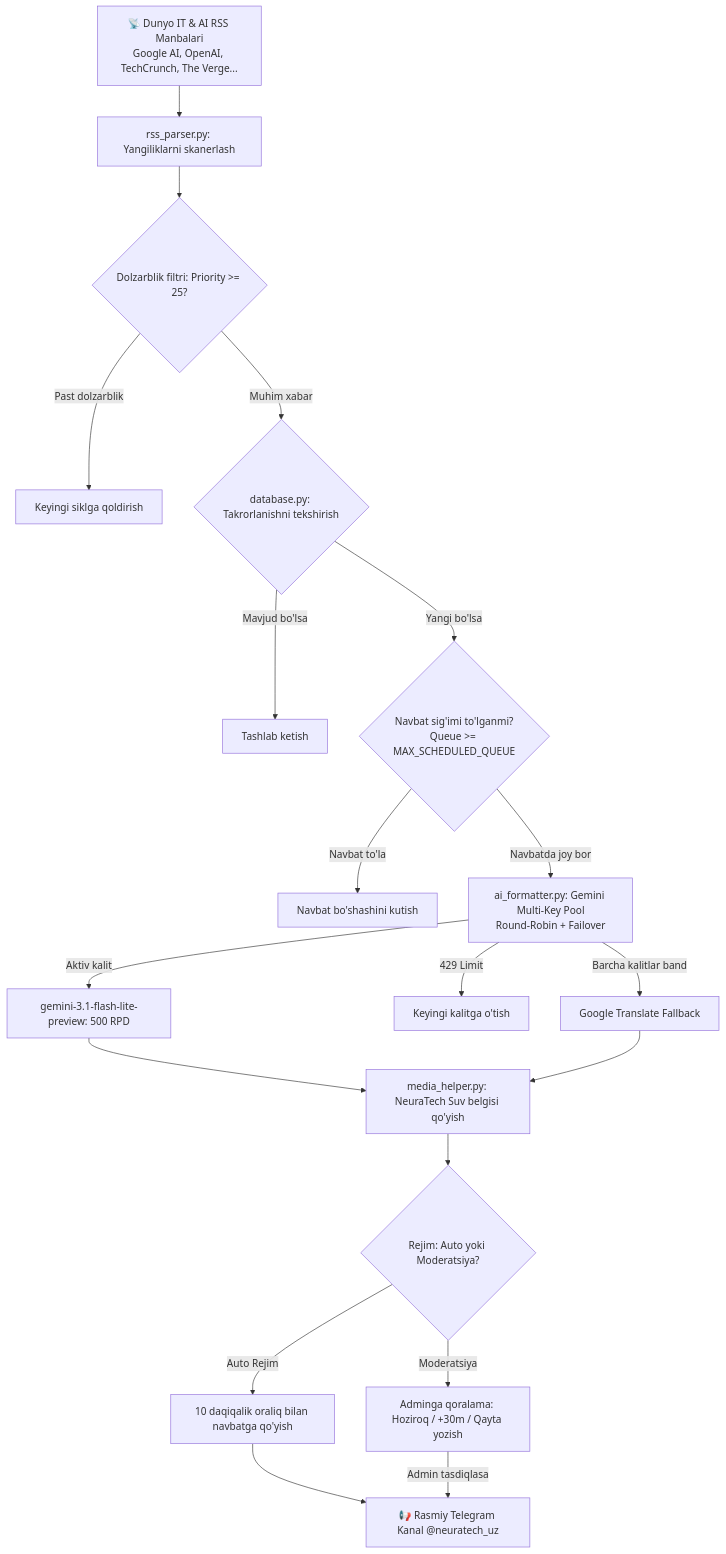
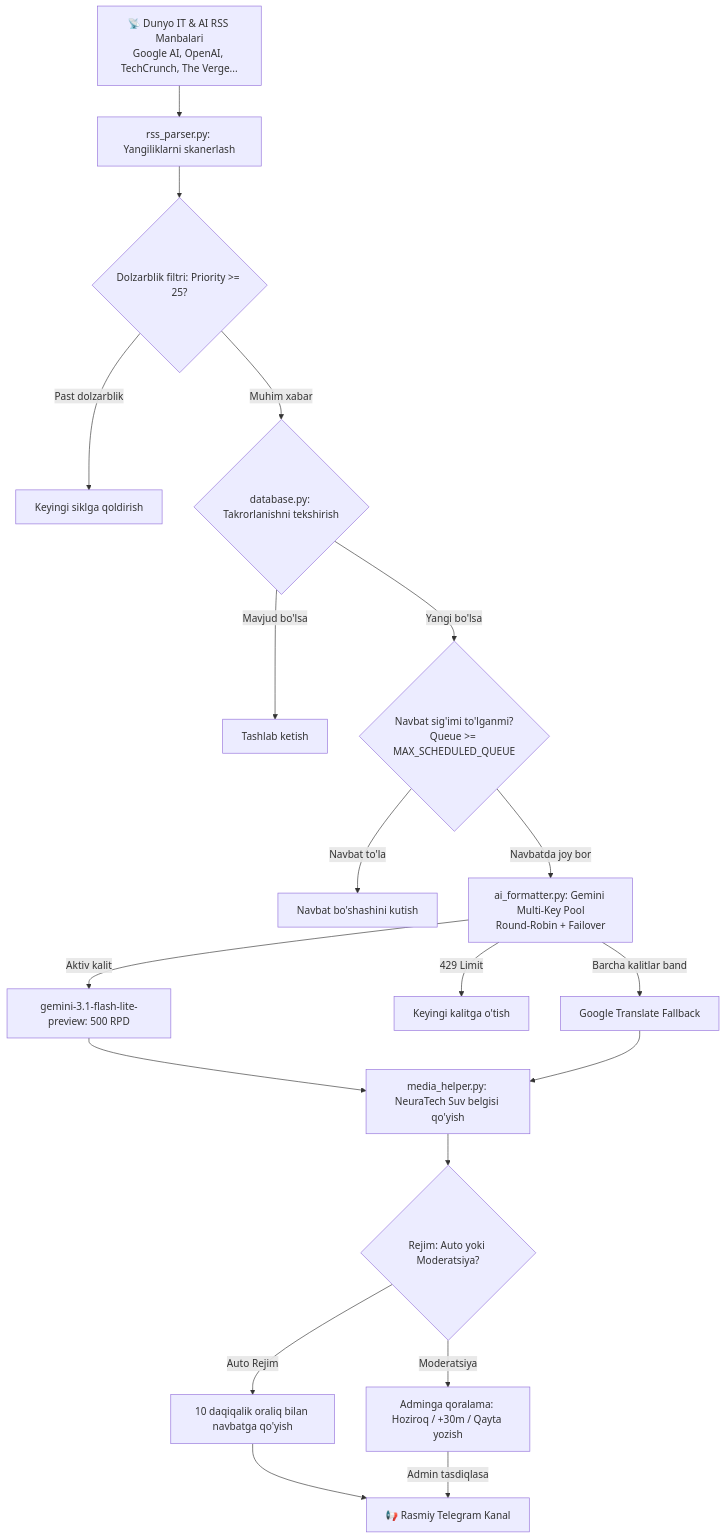
One commit to SunnatDevPy/telegram_bot_anons_ai changed the diagram in README.md. Above: the diagram before and after it, drawn with Mermaid. The commit also changed other lines of this file and 4 other files, not shown here.

````diff
--- a/README.md
+++ b/README.md
@@ -74,26 +74,26 @@
 ```mermaid
 flowchart TD
     RSS[📡 Dunyo IT & AI RSS Manbalari\nGoogle AI, OpenAI, TechCrunch, The Verge...] --> Fetcher[rss_parser.py: Yangiliklarni skanerlash]
     Fetcher --> Priority{Dolzarblik filtri: Priority >= 25?}
     Priority -- "Past dolzarblik" --> Skip[Keyingi siklga qoldirish]
     Priority -- "Muhim xabar" --> Dedup{database.py: Takrorlanishni tekshirish}
     
     Dedup -- "Mavjud bo'lsa" --> Drop[Tashlab ketish]
     Dedup -- "Yangi bo'lsa" --> QueueCheck{Navbat sig'imi to'lganmi?\nQueue >= MAX_SCHEDULED_QUEUE}
     QueueCheck -- "Navbat to'la" --> WaitQueue[Navbat bo'shashini kutish]
     
     QueueCheck -- "Navbatda joy bor" --> Pool[ai_formatter.py: Gemini Multi-Key Pool\nRound-Robin + Failover]
     Pool -- "Aktiv kalit" --> FlashLite[gemini-3.1-flash-lite-preview: 500 RPD]
     Pool -- "429 Limit" --> NextKey[Keyingi kalitga o'tish]
     Pool -- "Barcha kalitlar band" --> Fallback[Google Translate Fallback]
     
     FlashLite --> Watermark[media_helper.py: NeuraTech Suv belgisi qo'yish]
     Fallback --> Watermark
     
     Watermark --> ModeCheck{Rejim: Auto yoki Moderatsiya?}
     ModeCheck -- "Moderatsiya" --> AdminBot[Adminga qoralama: Hoziroq / +30m / Qayta yozish]
     ModeCheck -- "Auto Rejim" --> AntiBurst[10 daqiqalik oraliq bilan navbatga qo'yish]
     
-    AntiBurst --> Channel[📢 Rasmiy Telegram Kanal @neuratech_uz]
+    AntiBurst --> Channel[📢 Rasmiy Telegram Kanal]
     AdminBot -- "Admin tasdiqlasa" --> Channel
 ```
````
